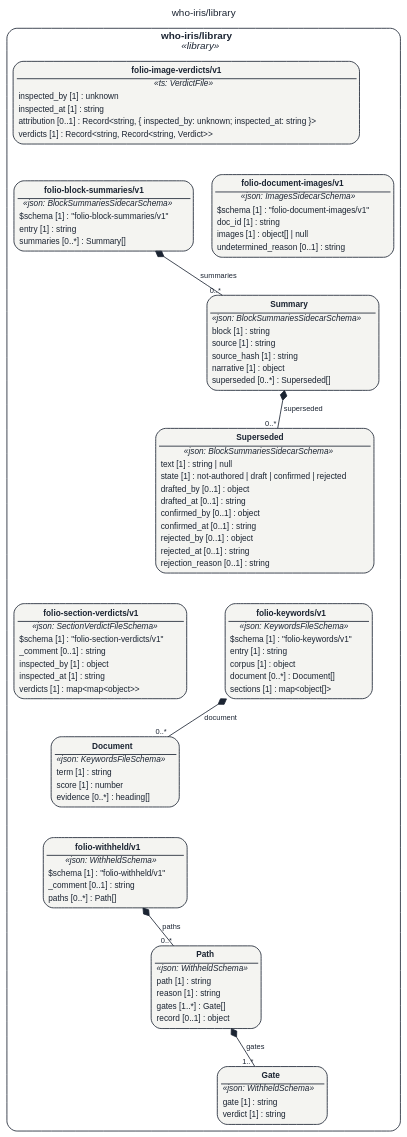
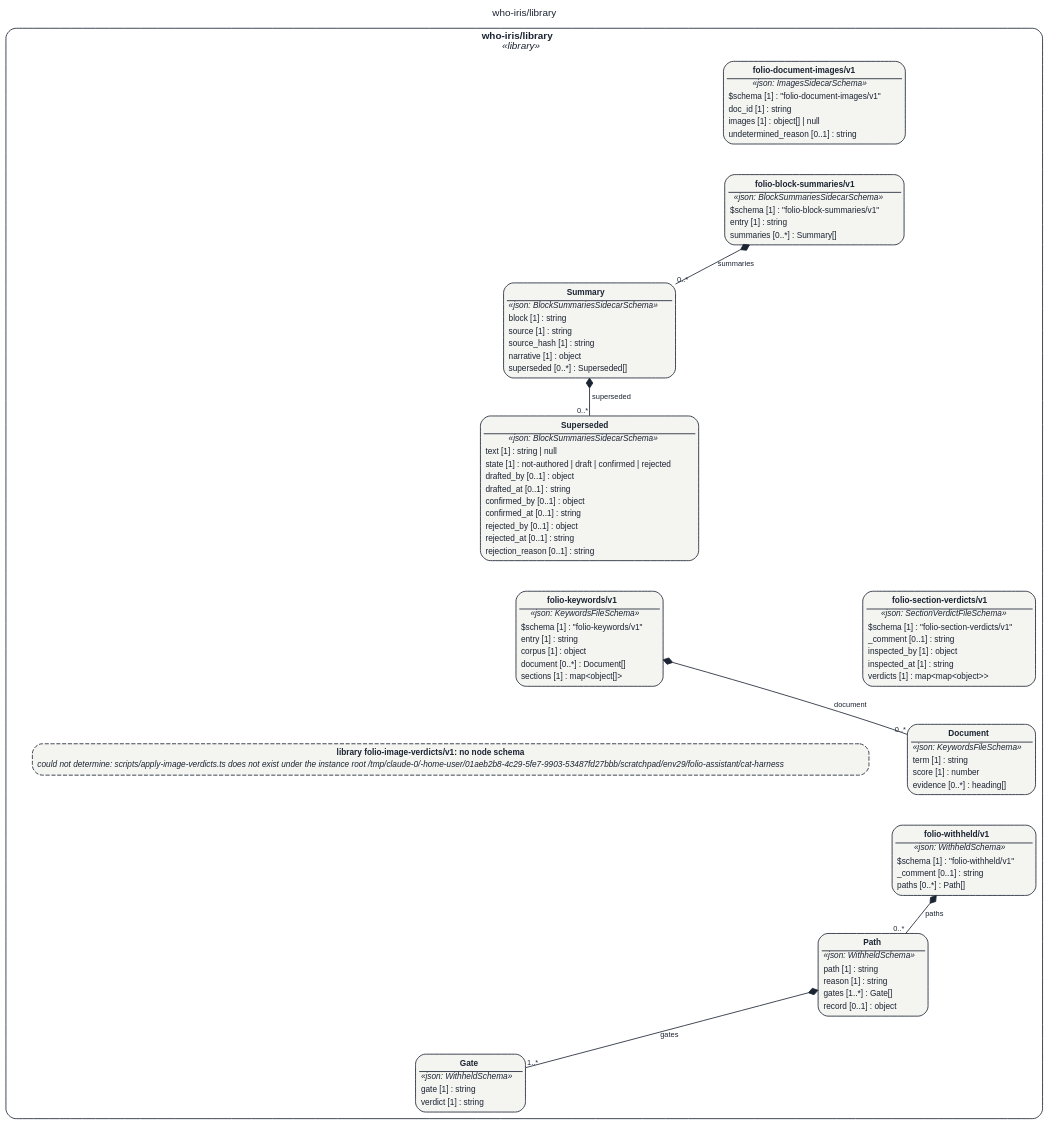
One commit to litlfred/cat-harness changed the diagram in docs/assets/img/uml/overview/who-iris/library.dot. Above: the diagram before and after it, drawn with Graphviz. The commit also changed 2545 other files, not shown here.

```diff
--- a/docs/assets/img/uml/overview/who-iris/library.dot
+++ b/docs/assets/img/uml/overview/who-iris/library.dot
@@ -1,33 +1,33 @@
-// GENERATED by cat-harness/scripts/gen-uml-overview.ts — do not edit.
+// GENERATED by cat-harness-tools/scripts/gen-uml-overview.ts — do not edit.
 // Rendered page (interactive view, same model): https://litlfred.github.io/folio-assistant/uml/overview/who-iris/library.html
 digraph "who_iris_library" {
   graph [label="who-iris/library", labelloc=t, fontname="Helvetica", fontsize=12, fontcolor="#1b2432", newrank=true, ratio=auto, nodesep=0.3, ranksep=0.5, bgcolor="transparent"];
   node [shape=box, style="rounded,filled", margin=0.05, fontname="Helvetica", fontsize=10, color="#1b2432", fontcolor="#1b2432"];
   edge [color="#1b2432", fontcolor="#1b2432", fontname="Helvetica", fontsize=9];
   subgraph "cluster_pkg_who_iris_library" {
     label=<<b>who-iris/library</b><br/><i>«library»</i>>; style="rounded"; color="#1b2432"; class="fa_uml_subgraph";
     "who_iris_library_folio_document_images_v1_folio_document_images_v1" [fillcolor="#f4f4f1", class="fa_uml_kind_library", label=<<table border="0" cellborder="0" cellspacing="0" cellpadding="2"><tr><td border="1" sides="b"><b>folio-document-images/v1</b></td></tr><tr><td><i>«json: ImagesSidecarSchema»</i></td></tr><tr><td align="left">$schema [1] : &quot;folio-document-images/v1&quot;</td></tr><tr><td align="left">doc_id [1] : string</td></tr><tr><td align="left">images [1] : object[] | null</td></tr><tr><td align="left">undetermined_reason [0..1] : string</td></tr></table>>];
-    "who_iris_library_folio_image_verdicts_v1" [fillcolor="#f4f4f1", class="fa_uml_kind_library", label=<<table border="0" cellborder="0" cellspacing="0" cellpadding="2"><tr><td border="1" sides="b"><b>folio-image-verdicts/v1</b></td></tr><tr><td><i>«ts: VerdictFile»</i></td></tr><tr><td align="left">inspected_by [1] : unknown</td></tr><tr><td align="left">inspected_at [1] : string</td></tr><tr><td align="left">attribution [0..1] : Record&lt;string, { inspected_by: unknown; inspected_at: string }&gt;</td></tr><tr><td align="left">verdicts [1] : Record&lt;string, Record&lt;string, Verdict&gt;&gt;</td></tr></table>>];
     "who_iris_library_folio_section_verdicts_v1_folio_section_verdicts_v1" [fillcolor="#f4f4f1", class="fa_uml_kind_library", label=<<table border="0" cellborder="0" cellspacing="0" cellpadding="2"><tr><td border="1" sides="b"><b>folio-section-verdicts/v1</b></td></tr><tr><td><i>«json: SectionVerdictFileSchema»</i></td></tr><tr><td align="left">$schema [1] : &quot;folio-section-verdicts/v1&quot;</td></tr><tr><td align="left">_comment [0..1] : string</td></tr><tr><td align="left">inspected_by [1] : object</td></tr><tr><td align="left">inspected_at [1] : string</td></tr><tr><td align="left">verdicts [1] : map&lt;map&lt;object&gt;&gt;</td></tr></table>>];
     "who_iris_library_folio_block_summaries_v1_Superseded" [fillcolor="#f4f4f1", class="fa_uml_kind_library", label=<<table border="0" cellborder="0" cellspacing="0" cellpadding="2"><tr><td border="1" sides="b"><b>Superseded</b></td></tr><tr><td><i>«json: BlockSummariesSidecarSchema»</i></td></tr><tr><td align="left">text [1] : string | null</td></tr><tr><td align="left">state [1] : not-authored | draft | confirmed | rejected</td></tr><tr><td align="left">drafted_by [0..1] : object</td></tr><tr><td align="left">drafted_at [0..1] : string</td></tr><tr><td align="left">confirmed_by [0..1] : object</td></tr><tr><td align="left">confirmed_at [0..1] : string</td></tr><tr><td align="left">rejected_by [0..1] : object</td></tr><tr><td align="left">rejected_at [0..1] : string</td></tr><tr><td align="left">rejection_reason [0..1] : string</td></tr></table>>];
     "who_iris_library_folio_block_summaries_v1_Summary" [fillcolor="#f4f4f1", class="fa_uml_kind_library", label=<<table border="0" cellborder="0" cellspacing="0" cellpadding="2"><tr><td border="1" sides="b"><b>Summary</b></td></tr><tr><td><i>«json: BlockSummariesSidecarSchema»</i></td></tr><tr><td align="left">block [1] : string</td></tr><tr><td align="left">source [1] : string</td></tr><tr><td align="left">source_hash [1] : string</td></tr><tr><td align="left">narrative [1] : object</td></tr><tr><td align="left">superseded [0..*] : Superseded[]</td></tr></table>>];
     "who_iris_library_folio_block_summaries_v1_folio_block_summaries_v1" [fillcolor="#f4f4f1", class="fa_uml_kind_library", label=<<table border="0" cellborder="0" cellspacing="0" cellpadding="2"><tr><td border="1" sides="b"><b>folio-block-summaries/v1</b></td></tr><tr><td><i>«json: BlockSummariesSidecarSchema»</i></td></tr><tr><td align="left">$schema [1] : &quot;folio-block-summaries/v1&quot;</td></tr><tr><td align="left">entry [1] : string</td></tr><tr><td align="left">summaries [0..*] : Summary[]</td></tr></table>>];
     "who_iris_library_folio_keywords_v1_Document" [fillcolor="#f4f4f1", class="fa_uml_kind_library", label=<<table border="0" cellborder="0" cellspacing="0" cellpadding="2"><tr><td border="1" sides="b"><b>Document</b></td></tr><tr><td><i>«json: KeywordsFileSchema»</i></td></tr><tr><td align="left">term [1] : string</td></tr><tr><td align="left">score [1] : number</td></tr><tr><td align="left">evidence [0..*] : heading[]</td></tr></table>>];
     "who_iris_library_folio_keywords_v1_folio_keywords_v1" [fillcolor="#f4f4f1", class="fa_uml_kind_library", label=<<table border="0" cellborder="0" cellspacing="0" cellpadding="2"><tr><td border="1" sides="b"><b>folio-keywords/v1</b></td></tr><tr><td><i>«json: KeywordsFileSchema»</i></td></tr><tr><td align="left">$schema [1] : &quot;folio-keywords/v1&quot;</td></tr><tr><td align="left">entry [1] : string</td></tr><tr><td align="left">corpus [1] : object</td></tr><tr><td align="left">document [0..*] : Document[]</td></tr><tr><td align="left">sections [1] : map&lt;object[]&gt;</td></tr></table>>];
     "who_iris_library_folio_withheld_v1_Gate" [fillcolor="#f4f4f1", class="fa_uml_kind_library", label=<<table border="0" cellborder="0" cellspacing="0" cellpadding="2"><tr><td border="1" sides="b"><b>Gate</b></td></tr><tr><td><i>«json: WithheldSchema»</i></td></tr><tr><td align="left">gate [1] : string</td></tr><tr><td align="left">verdict [1] : string</td></tr></table>>];
     "who_iris_library_folio_withheld_v1_Path" [fillcolor="#f4f4f1", class="fa_uml_kind_library", label=<<table border="0" cellborder="0" cellspacing="0" cellpadding="2"><tr><td border="1" sides="b"><b>Path</b></td></tr><tr><td><i>«json: WithheldSchema»</i></td></tr><tr><td align="left">path [1] : string</td></tr><tr><td align="left">reason [1] : string</td></tr><tr><td align="left">gates [1..*] : Gate[]</td></tr><tr><td align="left">record [0..1] : object</td></tr></table>>];
     "who_iris_library_folio_withheld_v1_folio_withheld_v1" [fillcolor="#f4f4f1", class="fa_uml_kind_library", label=<<table border="0" cellborder="0" cellspacing="0" cellpadding="2"><tr><td border="1" sides="b"><b>folio-withheld/v1</b></td></tr><tr><td><i>«json: WithheldSchema»</i></td></tr><tr><td align="left">$schema [1] : &quot;folio-withheld/v1&quot;</td></tr><tr><td align="left">_comment [0..1] : string</td></tr><tr><td align="left">paths [0..*] : Path[]</td></tr></table>>];
+    "n_who_iris_library_library_folio_image_verdicts_v1" [style="rounded,filled,dashed", fillcolor="#f4f4f1", class="fa_uml_kind_library_folio_image_verdicts_v1 fa_uml_undetermined", label=<<table border="0" cellborder="0" cellspacing="0" cellpadding="2"><tr><td><b>library folio-image-verdicts/v1: no node schema</b></td></tr><tr><td align="left"><i>could not determine: scripts/apply-image-verdicts.ts does not exist under the instance root /tmp/claude-0/-home-user/01aeb2b8-4c29-5fe7-9903-53487fd27bbb/scratchpad/env29/folio-assistant/cat-harness</i></td></tr></table>>];
   }
   "who_iris_library_folio_block_summaries_v1_Summary" -> "who_iris_library_folio_block_summaries_v1_Superseded" [dir=both, arrowtail=diamond, arrowhead=none, label="superseded", headlabel="0..*", class="fa_uml_composition"];
   "who_iris_library_folio_block_summaries_v1_folio_block_summaries_v1" -> "who_iris_library_folio_block_summaries_v1_Summary" [dir=both, arrowtail=diamond, arrowhead=none, label="summaries", headlabel="0..*", class="fa_uml_composition"];
   "who_iris_library_folio_keywords_v1_folio_keywords_v1" -> "who_iris_library_folio_keywords_v1_Document" [dir=both, arrowtail=diamond, arrowhead=none, label="document", headlabel="0..*", class="fa_uml_composition"];
   "who_iris_library_folio_withheld_v1_Path" -> "who_iris_library_folio_withheld_v1_Gate" [dir=both, arrowtail=diamond, arrowhead=none, label="gates", headlabel="1..*", class="fa_uml_composition"];
   "who_iris_library_folio_withheld_v1_folio_withheld_v1" -> "who_iris_library_folio_withheld_v1_Path" [dir=both, arrowtail=diamond, arrowhead=none, label="paths", headlabel="0..*", class="fa_uml_composition"];
-  "who_iris_library_folio_document_images_v1_folio_document_images_v1" -> "who_iris_library_folio_block_summaries_v1_Summary" [style=invis, class="kg-graph-anchor"];
-  "who_iris_library_folio_image_verdicts_v1" -> "who_iris_library_folio_block_summaries_v1_folio_block_summaries_v1" [style=invis, class="kg-graph-anchor"];
+  "who_iris_library_folio_document_images_v1_folio_document_images_v1" -> "who_iris_library_folio_block_summaries_v1_folio_block_summaries_v1" [style=invis, class="kg-graph-anchor"];
   "who_iris_library_folio_section_verdicts_v1_folio_section_verdicts_v1" -> "who_iris_library_folio_keywords_v1_Document" [style=invis, class="kg-graph-anchor"];
   "who_iris_library_folio_block_summaries_v1_Superseded" -> "who_iris_library_folio_keywords_v1_folio_keywords_v1" [style=invis, class="kg-graph-anchor"];
   "who_iris_library_folio_block_summaries_v1_Summary" -> "who_iris_library_folio_withheld_v1_Gate" [style=invis, class="kg-graph-anchor"];
   "who_iris_library_folio_block_summaries_v1_folio_block_summaries_v1" -> "who_iris_library_folio_withheld_v1_Path" [style=invis, class="kg-graph-anchor"];
   "who_iris_library_folio_keywords_v1_Document" -> "who_iris_library_folio_withheld_v1_folio_withheld_v1" [style=invis, class="kg-graph-anchor"];
+  "who_iris_library_folio_keywords_v1_folio_keywords_v1" -> "n_who_iris_library_library_folio_image_verdicts_v1" [style=invis, class="kg-graph-anchor"];
 }
```
